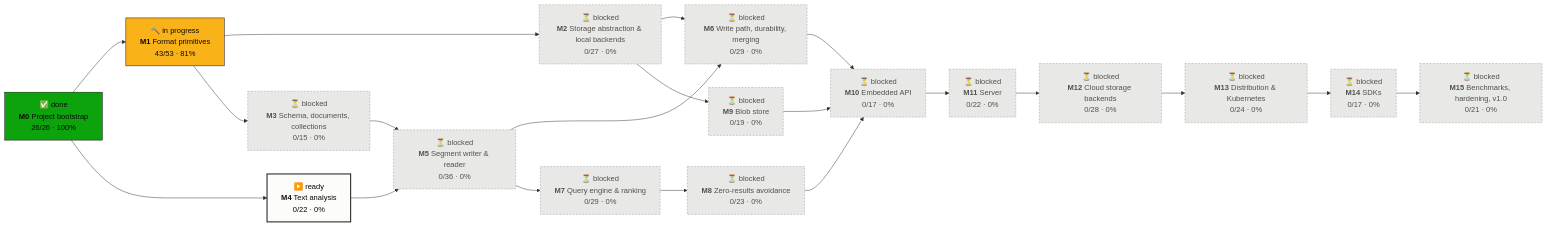
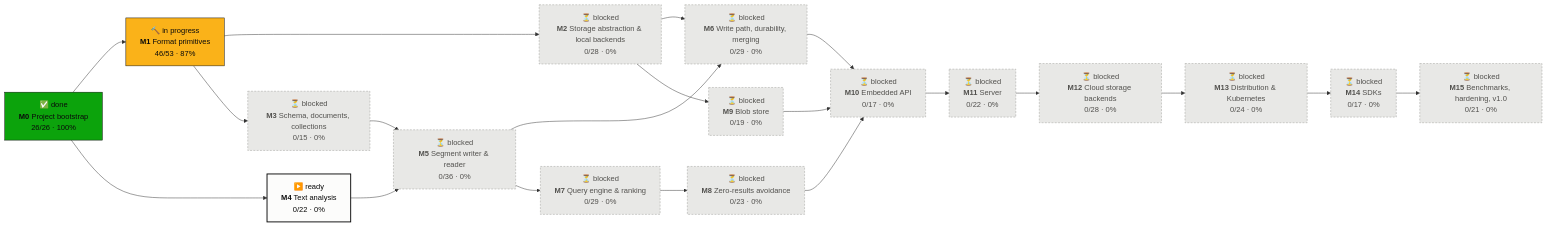
Before and after one commit to tomiok/persiaDB: the first of 2 diagrams in PROGRESS.md, drawn with Mermaid. The commit also changed other lines of this file and 8 other files, not shown here.

First line of the commit message:
fix(format): address batch review of 1.8; tick ROADMAP 1.8.1-1.8.3

````diff
--- a/PROGRESS.md
+++ b/PROGRESS.md
@@ -14,42 +14,42 @@
 ```mermaid
 flowchart LR
   M0["✅ done<br/><b>M0</b> Project bootstrap<br/>26/26 · 100%"]:::done
-  M1["🔨 in progress<br/><b>M1</b> Format primitives<br/>43/53 · 81%"]:::doing
-  M2["⏳ blocked<br/><b>M2</b> Storage abstraction & local backends<br/>0/27 · 0%"]:::blocked
+  M1["🔨 in progress<br/><b>M1</b> Format primitives<br/>46/53 · 87%"]:::doing
+  M2["⏳ blocked<br/><b>M2</b> Storage abstraction & local backends<br/>0/28 · 0%"]:::blocked
   M3["⏳ blocked<br/><b>M3</b> Schema, documents, collections<br/>0/15 · 0%"]:::blocked
   M4["▶️ ready<br/><b>M4</b> Text analysis<br/>0/22 · 0%"]:::ready
   M5["⏳ blocked<br/><b>M5</b> Segment writer & reader<br/>0/36 · 0%"]:::blocked
   M6["⏳ blocked<br/><b>M6</b> Write path, durability, merging<br/>0/29 · 0%"]:::blocked
   M7["⏳ blocked<br/><b>M7</b> Query engine & ranking<br/>0/29 · 0%"]:::blocked
   M8["⏳ blocked<br/><b>M8</b> Zero-results avoidance<br/>0/23 · 0%"]:::blocked
   M9["⏳ blocked<br/><b>M9</b> Blob store<br/>0/19 · 0%"]:::blocked
   M10["⏳ blocked<br/><b>M10</b> Embedded API<br/>0/17 · 0%"]:::blocked
   M11["⏳ blocked<br/><b>M11</b> Server<br/>0/22 · 0%"]:::blocked
   M12["⏳ blocked<br/><b>M12</b> Cloud storage backends<br/>0/28 · 0%"]:::blocked
   M13["⏳ blocked<br/><b>M13</b> Distribution & Kubernetes<br/>0/24 · 0%"]:::blocked
   M14["⏳ blocked<br/><b>M14</b> SDKs<br/>0/17 · 0%"]:::blocked
   M15["⏳ blocked<br/><b>M15</b> Benchmarks, hardening, v1.0<br/>0/21 · 0%"]:::blocked
   M0 --> M1
   M1 --> M2
   M1 --> M3
   M0 --> M4
   M3 --> M5
   M4 --> M5
   M2 --> M6
   M5 --> M6
   M5 --> M7
   M7 --> M8
   M2 --> M9
   M6 --> M10
   M8 --> M10
   M9 --> M10
   M10 --> M11
   M11 --> M12
   M12 --> M13
   M13 --> M14
   M14 --> M15
   classDef done fill:#0ca30c,stroke:#0b0b0b,color:#0b0b0b
   classDef doing fill:#fab219,stroke:#0b0b0b,color:#0b0b0b
   classDef ready fill:#fcfcfb,stroke:#0b0b0b,stroke-width:2px,color:#0b0b0b
   classDef blocked fill:#e8e8e6,stroke:#9a9a96,stroke-dasharray:4 3,color:#52514e
 ```
````
